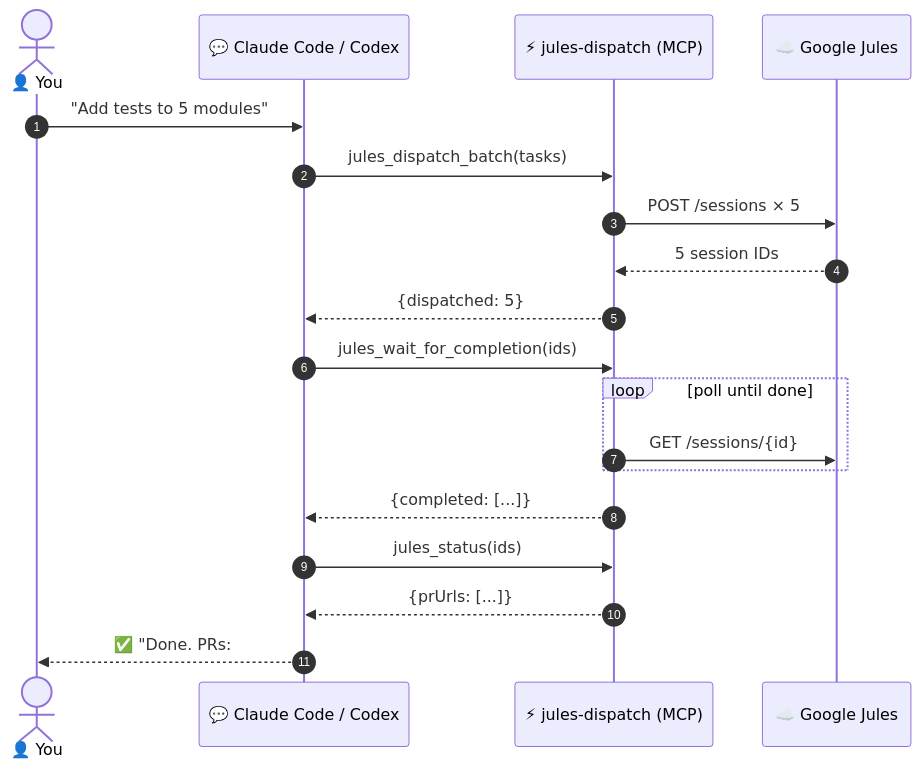
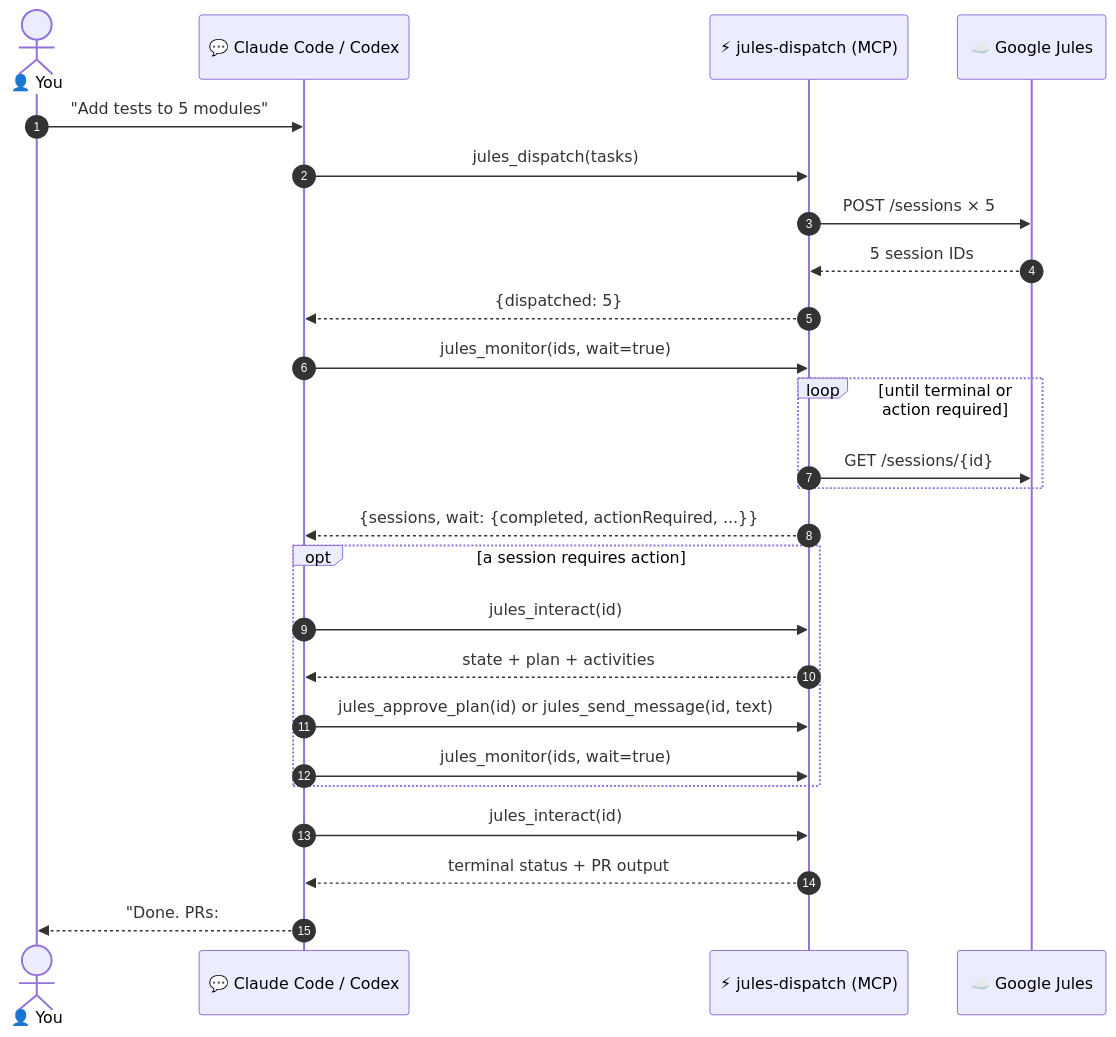
One commit to Yuuqq/jules-dispatch changed the second of 3 diagrams in README.md. Above: the diagram before and after it, drawn with Mermaid. The commit also changed other lines of this file and 32 other files, not shown here.

````diff
--- a/README.md
+++ b/README.md
@@ -139,24 +139,31 @@
 ```mermaid
 sequenceDiagram
     autonumber
     actor U as 👤 You
     participant CC as 💬 Claude Code / Codex
     participant MCP as ⚡ jules-dispatch (MCP)
     participant J as ☁️ Google Jules
 
     U->>CC: "Add tests to 5 modules"
-    CC->>MCP: jules_dispatch_batch(tasks)
+    CC->>MCP: jules_dispatch(tasks)
     MCP->>J: POST /sessions × 5
     J-->>MCP: 5 session IDs
     MCP-->>CC: {dispatched: 5}
 
-    CC->>MCP: jules_wait_for_completion(ids)
-    loop poll until done
+    CC->>MCP: jules_monitor(ids, wait=true)
+    loop until terminal or action required
         MCP->>J: GET /sessions/{id}
     end
-    MCP-->>CC: {completed: [...]}
+    MCP-->>CC: {sessions, wait: {completed, actionRequired, ...}}
 
-    CC->>MCP: jules_status(ids)
-    MCP-->>CC: {prUrls: [...]}
-    CC-->>U: ✅ "Done. PRs: #42, #43, #44, #45, #46"
+    opt a session requires action
+        CC->>MCP: jules_interact(id)
+        MCP-->>CC: state + plan + activities
+        CC->>MCP: jules_approve_plan(id) or jules_send_message(id, text)
+        CC->>MCP: jules_monitor(ids, wait=true)
+    end
+
+    CC->>MCP: jules_interact(id)
+    MCP-->>CC: terminal status + PR output
+    CC-->>U: "Done. PRs: #42, #43, #44, #45, #46"
 ```
````
